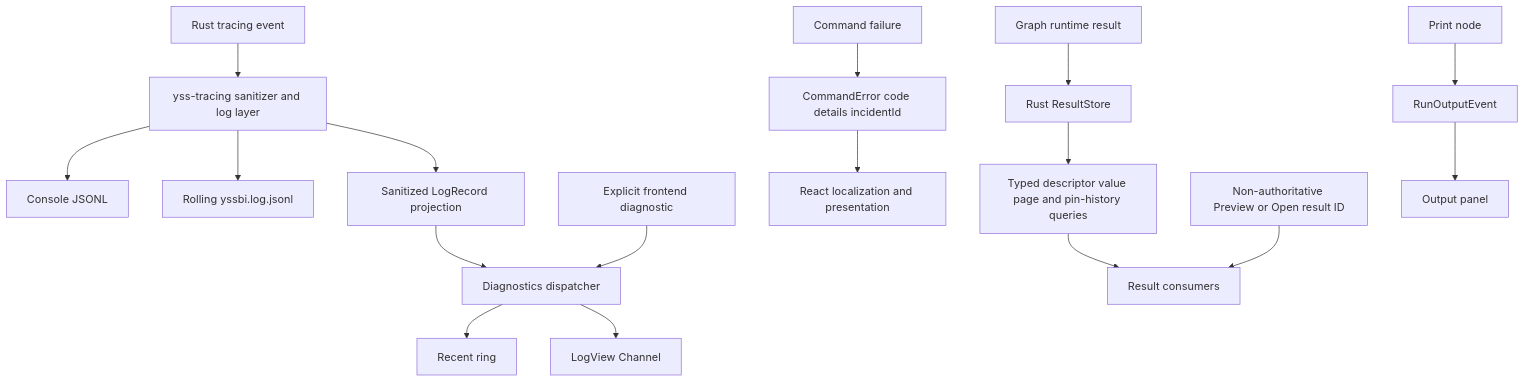
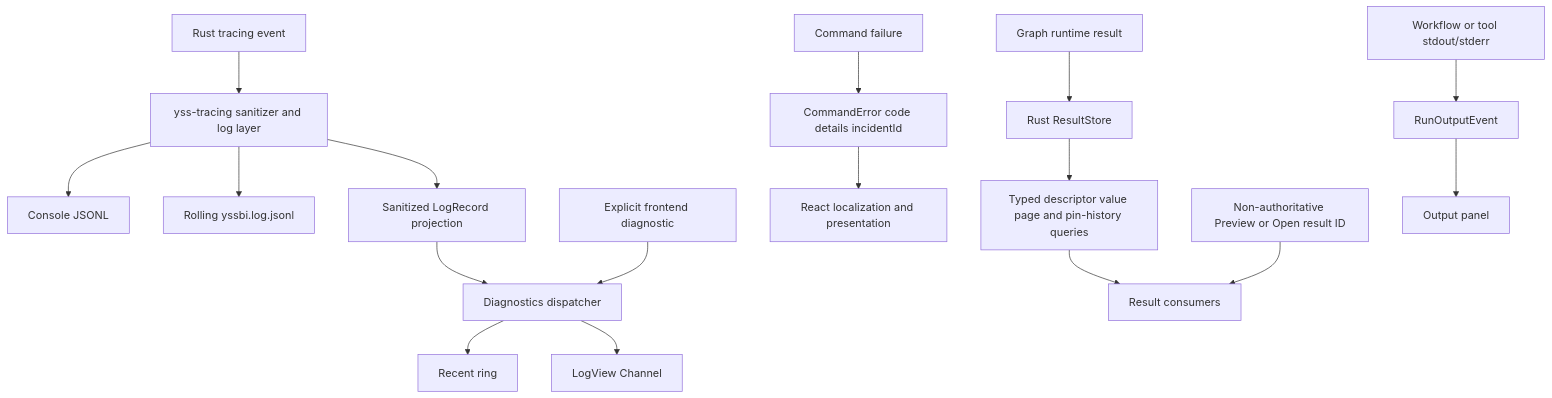
Before and after one commit to zhouyi207/YssBI: the diagram in docs/architecture/DIAGNOSTICS_ERRORS_AND_OUTPUT.md, drawn with Mermaid. The commit also changed other lines of this file and 51 other files, not shown here.

First line of the commit message:
refactor(graph)!: remove residual exec port model

````diff
--- a/docs/architecture/DIAGNOSTICS_ERRORS_AND_OUTPUT.md
+++ b/docs/architecture/DIAGNOSTICS_ERRORS_AND_OUTPUT.md
@@ -24,22 +24,22 @@
 ```mermaid
 flowchart TD
     RustEvent[Rust tracing event] --> Logging[yss-tracing sanitizer and log layer]
     Logging --> Console[Console JSONL]
     Logging --> Jsonl[Rolling yssbi.log.jsonl]
     Logging --> Projection[Sanitized LogRecord projection]
     Projection --> Diagnostics[Diagnostics dispatcher]
     FrontendEvent[Explicit frontend diagnostic] --> Diagnostics
     Diagnostics --> Recent[Recent ring]
     Diagnostics --> LogChannel[LogView Channel]
 
     CommandFailure[Command failure] --> CommandError[CommandError code details incidentId]
     CommandError --> ReactMapping[React localization and presentation]
 
     RuntimeResult[Graph runtime result] --> ResultStore[Rust ResultStore]
     ResultStore --> ResultQueries[Typed descriptor value page and pin-history queries]
     ResultQueries --> ResultUi[Result consumers]
     ResultNotice[Non-authoritative Preview or Open result ID] --> ResultUi
 
-    RuntimePrint[Print node] --> RunOutput[RunOutputEvent]
+    WorkflowToolOutput[Workflow or tool stdout/stderr] --> RunOutput[RunOutputEvent]
     RunOutput --> OutputPanel[Output panel]
 ```
````
